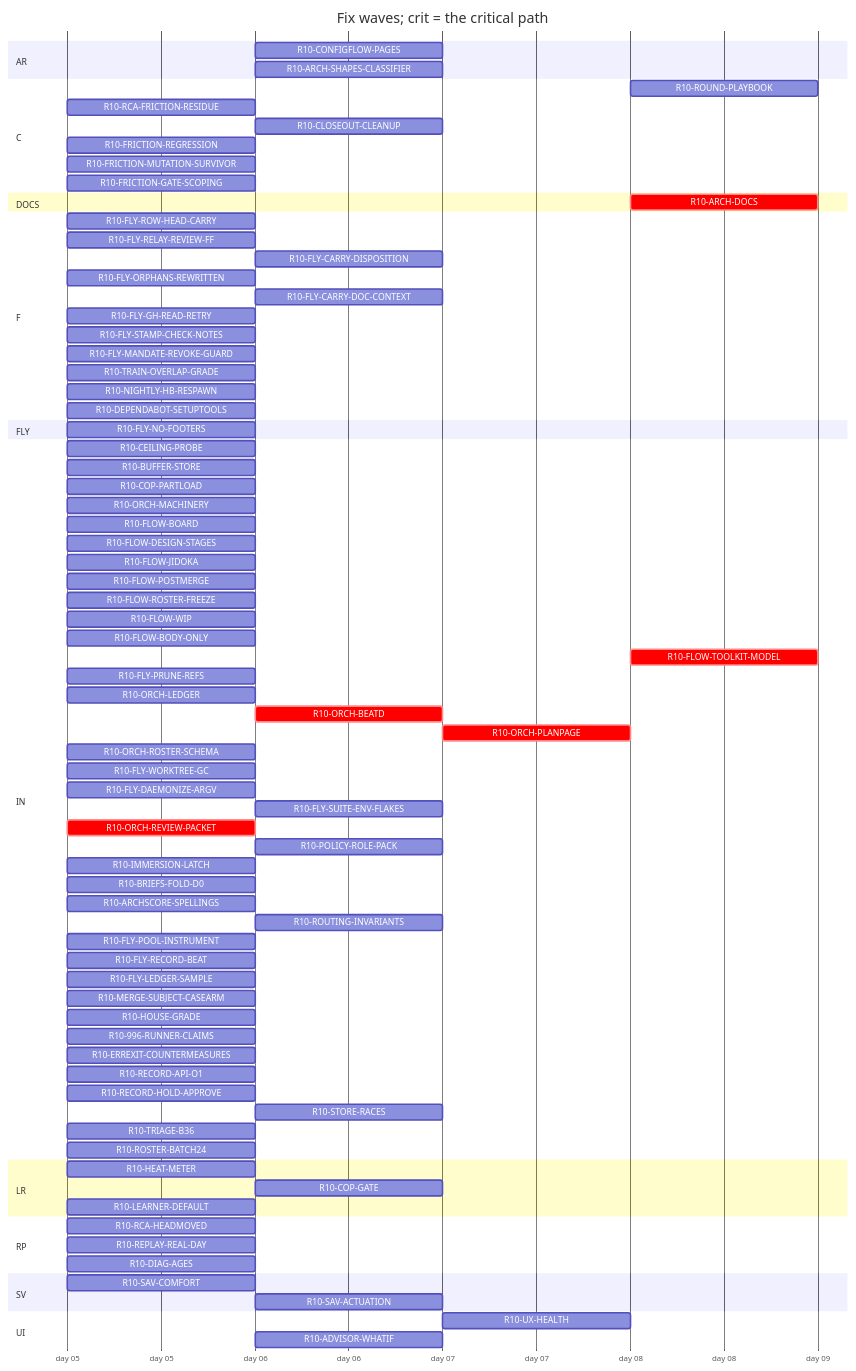
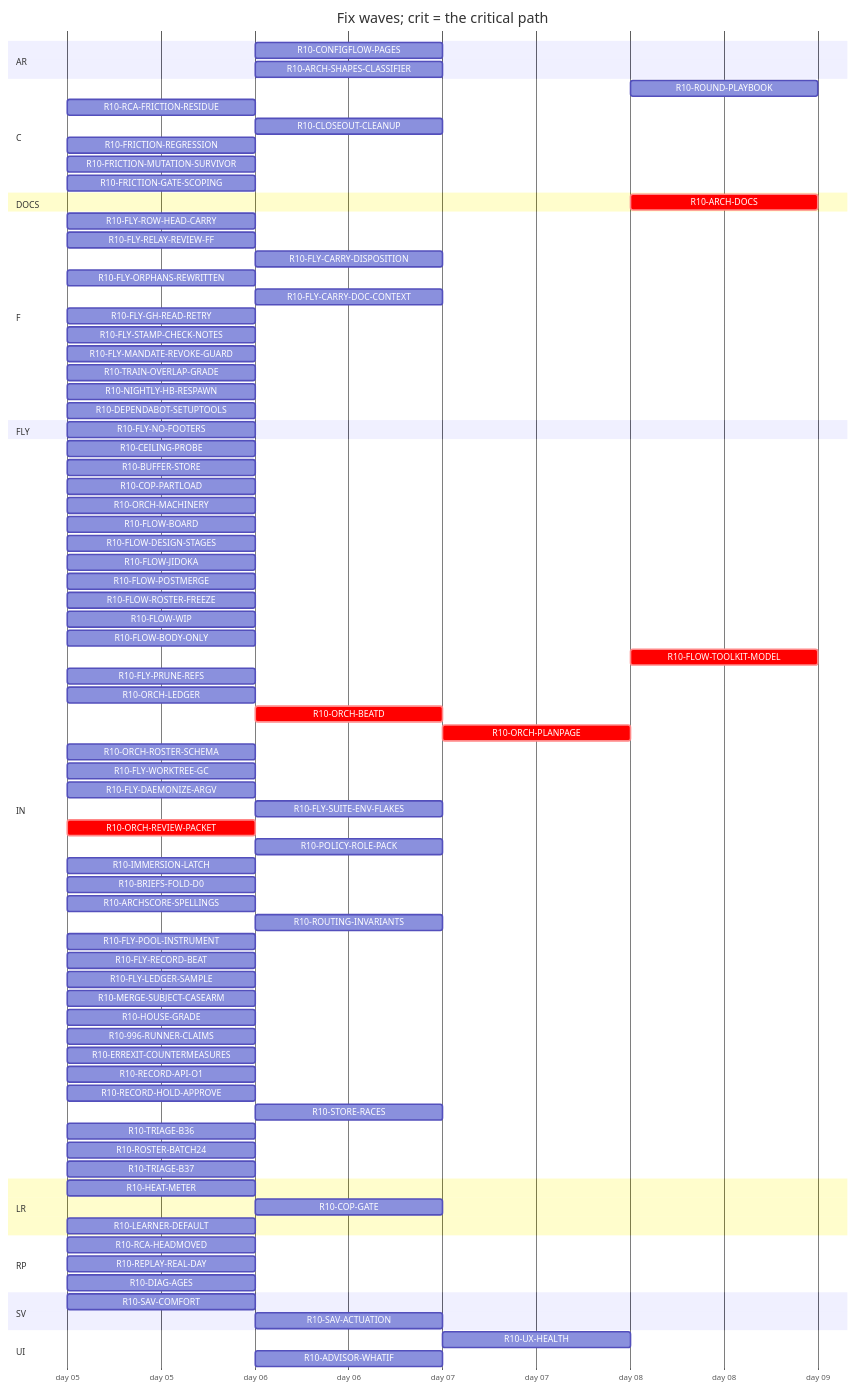
One commit to tvofi/heatpump_optimizer changed the diagram in handoff/round10/state/PLAN-TABLE.md. Above: the diagram before and after it, drawn with Mermaid. The commit also changed other lines of this file and 2 other files, not shown here.

```diff
--- a/handoff/round10/state/PLAN-TABLE.md
+++ b/handoff/round10/state/PLAN-TABLE.md
@@ -90,6 +90,7 @@
     R10-STORE-RACES :r10STORERACES, after r10BUFFERSTORE, 1d
     R10-TRIAGE-B36 :r10TRIAGEB36, 2026-01-05, 1d
     R10-ROSTER-BATCH24 :r10ROSTERBATCH24, 2026-01-05, 1d
+    R10-TRIAGE-B37 :r10TRIAGEB37, 2026-01-05, 1d
   section LR
     R10-HEAT-METER :r10HEATMETER, 2026-01-05, 1d
     R10-COP-GATE :r10COPGATE, after r10HEATMETER, 1d
```
